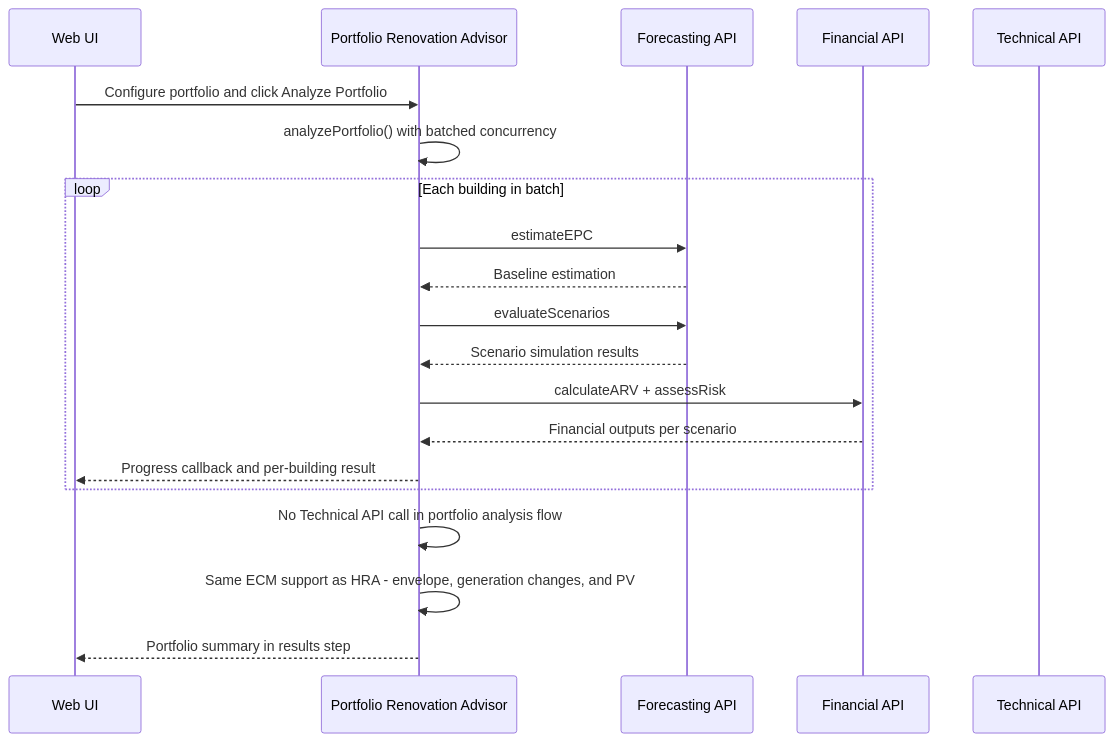
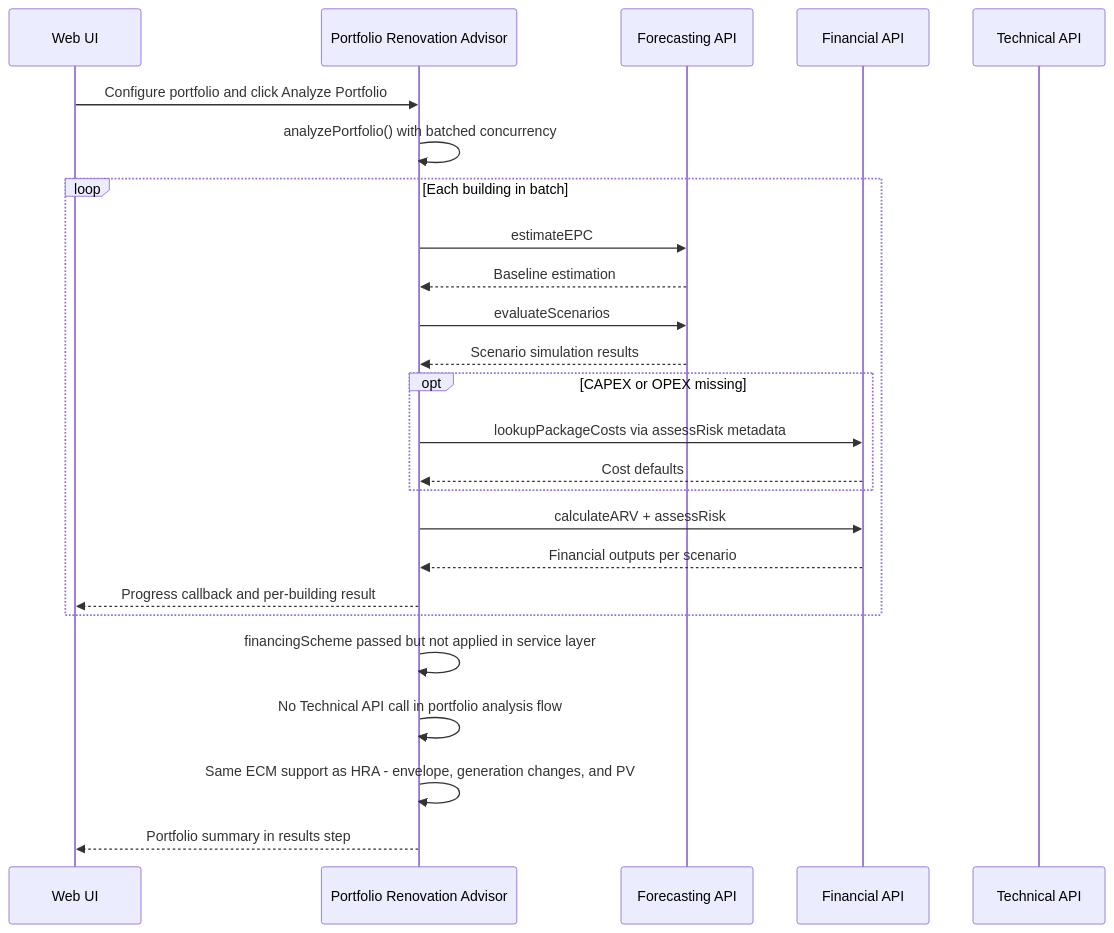
One commit to ReLIFE-Project-EU/relife-web-ui changed the third of 6 diagrams in README.md. Above: the diagram before and after it, drawn with Mermaid. The commit also changed other lines of this file and 1 other file, not shown here.

````diff
--- a/README.md
+++ b/README.md
@@ -158,23 +159,28 @@
 ```mermaid
 sequenceDiagram
     participant UI as Web UI
     participant PRA as Portfolio Renovation Advisor
     participant FCAST as Forecasting API
     participant FIN as Financial API
     participant TECH as Technical API
 
     UI->>PRA: Configure portfolio and click Analyze Portfolio
     PRA->>PRA: analyzePortfolio() with batched concurrency
     loop Each building in batch
       PRA->>FCAST: estimateEPC
       FCAST-->>PRA: Baseline estimation
       PRA->>FCAST: evaluateScenarios
       FCAST-->>PRA: Scenario simulation results
+      opt CAPEX or OPEX missing
+        PRA->>FIN: lookupPackageCosts via assessRisk metadata
+        FIN-->>PRA: Cost defaults
+      end
       PRA->>FIN: calculateARV + assessRisk
       FIN-->>PRA: Financial outputs per scenario
       PRA-->>UI: Progress callback and per-building result
     end
+    PRA->>PRA: financingScheme passed but not applied in service layer
     PRA->>PRA: No Technical API call in portfolio analysis flow
     PRA->>PRA: Same ECM support as HRA - envelope, generation changes, and PV
     PRA-->>UI: Portfolio summary in results step
 ```
````
